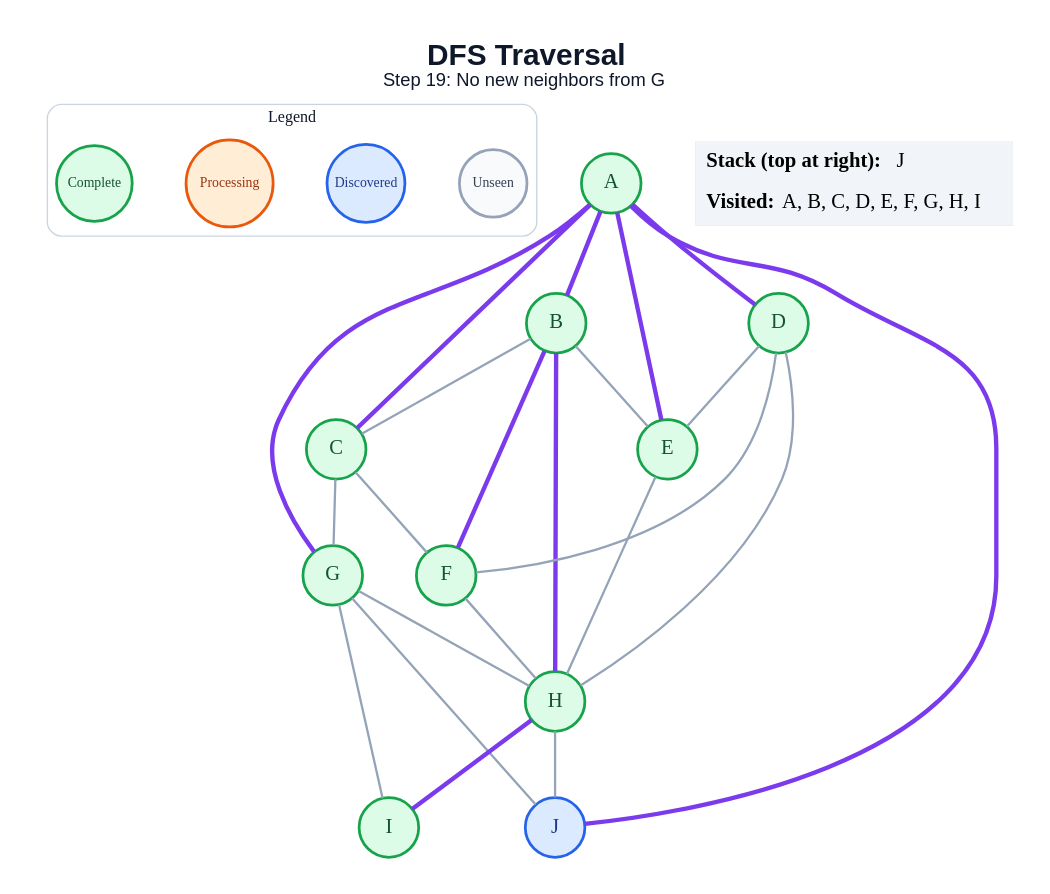
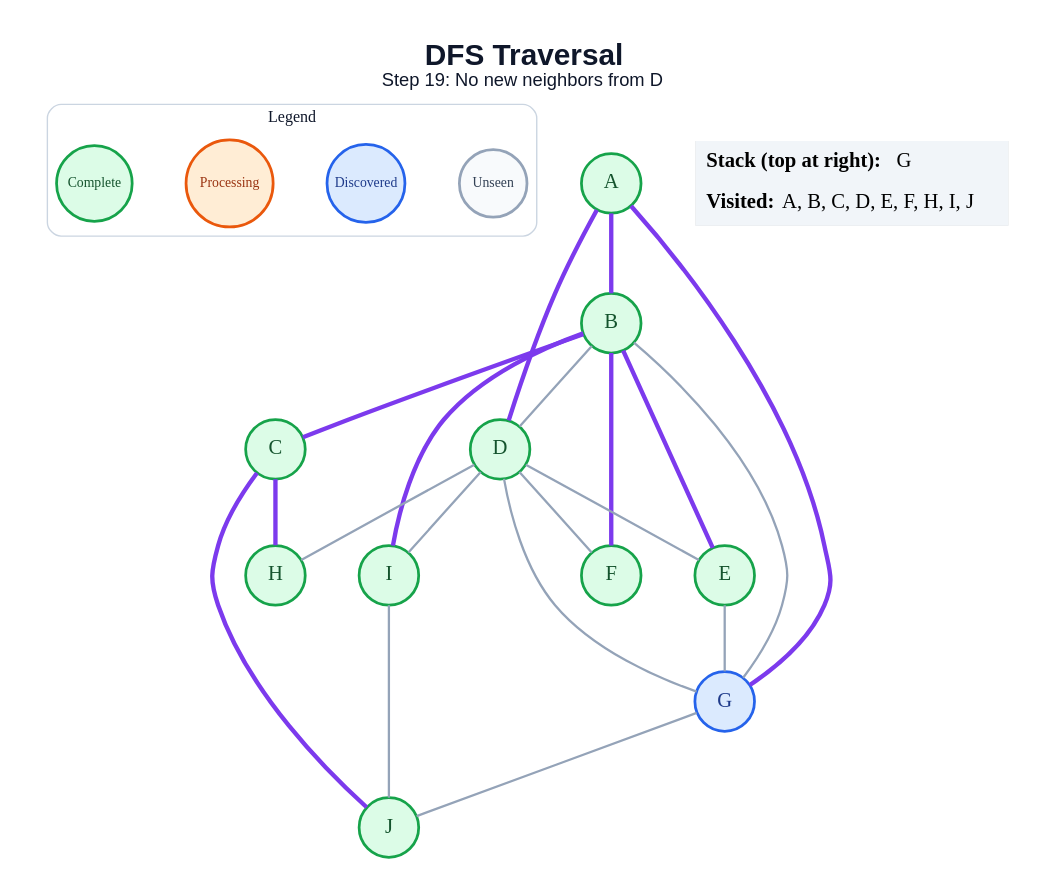
Before and after one commit to anon7238593-create/ai-slop: the diagram in generated/dfs/step_19.dot, drawn with Graphviz. The commit also changed 178 other files, not shown here.

```diff
--- a/generated/dfs/step_19.dot
+++ b/generated/dfs/step_19.dot
@@ -1,51 +1,48 @@
 graph traversal {
   graph [layout=dot, rankdir=TB, bgcolor="#FFFFFF", pad="0.35", nodesep="0.65", ranksep="0.8", fontname="Arial"];
   node [shape=circle, style="filled", fontname="Arial Bold", fontsize=18, width=0.72, fixedsize=true, penwidth=2.4];
   edge [color="#94A3B8", penwidth=2.0];
-  label=<<B>DFS Traversal</B><BR/><FONT POINT-SIZE="16">Step 19: No new neighbors from G</FONT>>; labelloc="t"; fontsize=26; fontname="Arial"; fontcolor="#0F172A";
+  label=<<B>DFS Traversal</B><BR/><FONT POINT-SIZE="16">Step 19: No new neighbors from D</FONT>>; labelloc="t"; fontsize=26; fontname="Arial"; fontcolor="#0F172A";
   subgraph cluster_legend { label="Legend"; color="#CBD5E1"; penwidth=1.2; style="rounded"; fontsize=14; fontname="Arial Bold";
     key_unseen [label="Unseen", fillcolor="#F8FAFC", color="#94A3B8", fontcolor="#334155", fontsize=12, width=0.82];
     key_frontier [label="Discovered", fillcolor="#DBEAFE", color="#2563EB", fontcolor="#1E3A8A", fontsize=12, width=0.95];
     key_current [label="Processing", fillcolor="#FFEDD5", color="#EA580C", fontcolor="#9A3412", fontsize=12, width=1.05];
     key_done [label="Complete", fillcolor="#DCFCE7", color="#16A34A", fontcolor="#14532D", fontsize=12, width=0.92];
     { rank=same; key_unseen; key_frontier; key_current; key_done; }
   }
   A [fillcolor="#DCFCE7", color="#16A34A", fontcolor="#14532D"];
   B [fillcolor="#DCFCE7", color="#16A34A", fontcolor="#14532D"];
   C [fillcolor="#DCFCE7", color="#16A34A", fontcolor="#14532D"];
   D [fillcolor="#DCFCE7", color="#16A34A", fontcolor="#14532D"];
   E [fillcolor="#DCFCE7", color="#16A34A", fontcolor="#14532D"];
   F [fillcolor="#DCFCE7", color="#16A34A", fontcolor="#14532D"];
-  G [fillcolor="#DCFCE7", color="#16A34A", fontcolor="#14532D"];
+  G [fillcolor="#DBEAFE", color="#2563EB", fontcolor="#1E3A8A"];
   H [fillcolor="#DCFCE7", color="#16A34A", fontcolor="#14532D"];
   I [fillcolor="#DCFCE7", color="#16A34A", fontcolor="#14532D"];
-  J [fillcolor="#DBEAFE", color="#2563EB", fontcolor="#1E3A8A"];
+  J [fillcolor="#DCFCE7", color="#16A34A", fontcolor="#14532D"];
   A -- B [color="#7C3AED", penwidth=3.8];
-  A -- C [color="#7C3AED", penwidth=3.8];
   A -- D [color="#7C3AED", penwidth=3.8];
-  A -- E [color="#7C3AED", penwidth=3.8];
   A -- G [color="#7C3AED", penwidth=3.8];
-  A -- J [color="#7C3AED", penwidth=3.8];
-  B -- C;
-  B -- E;
+  B -- C [color="#7C3AED", penwidth=3.8];
+  B -- D;
+  B -- E [color="#7C3AED", penwidth=3.8];
   B -- F [color="#7C3AED", penwidth=3.8];
-  B -- H [color="#7C3AED", penwidth=3.8];
-  C -- F;
-  C -- G;
+  B -- G;
+  B -- I [color="#7C3AED", penwidth=3.8];
+  C -- H [color="#7C3AED", penwidth=3.8];
+  C -- J [color="#7C3AED", penwidth=3.8];
   D -- E;
   D -- F;
+  D -- G;
   D -- H;
-  E -- H;
-  F -- H;
-  G -- H;
-  G -- I;
+  D -- I;
+  E -- G;
   G -- J;
-  H -- I [color="#7C3AED", penwidth=3.8];
-  H -- J;
+  I -- J;
   status [shape=plain, fixedsize=false, width=0, height=0, margin=0, label=<
     <TABLE BORDER="0" CELLBORDER="0" CELLPADDING="7" BGCOLOR="#F1F5F9">
-      <TR><TD ALIGN="LEFT"><B>Stack (top at right):</B> J</TD></TR>
-      <TR><TD ALIGN="LEFT"><B>Visited:</B> A, B, C, D, E, F, G, H, I</TD></TR>
+      <TR><TD ALIGN="LEFT"><B>Stack (top at right):</B> G</TD></TR>
+      <TR><TD ALIGN="LEFT"><B>Visited:</B> A, B, C, D, E, F, H, I, J</TD></TR>
     </TABLE>
   >];
 }
```
